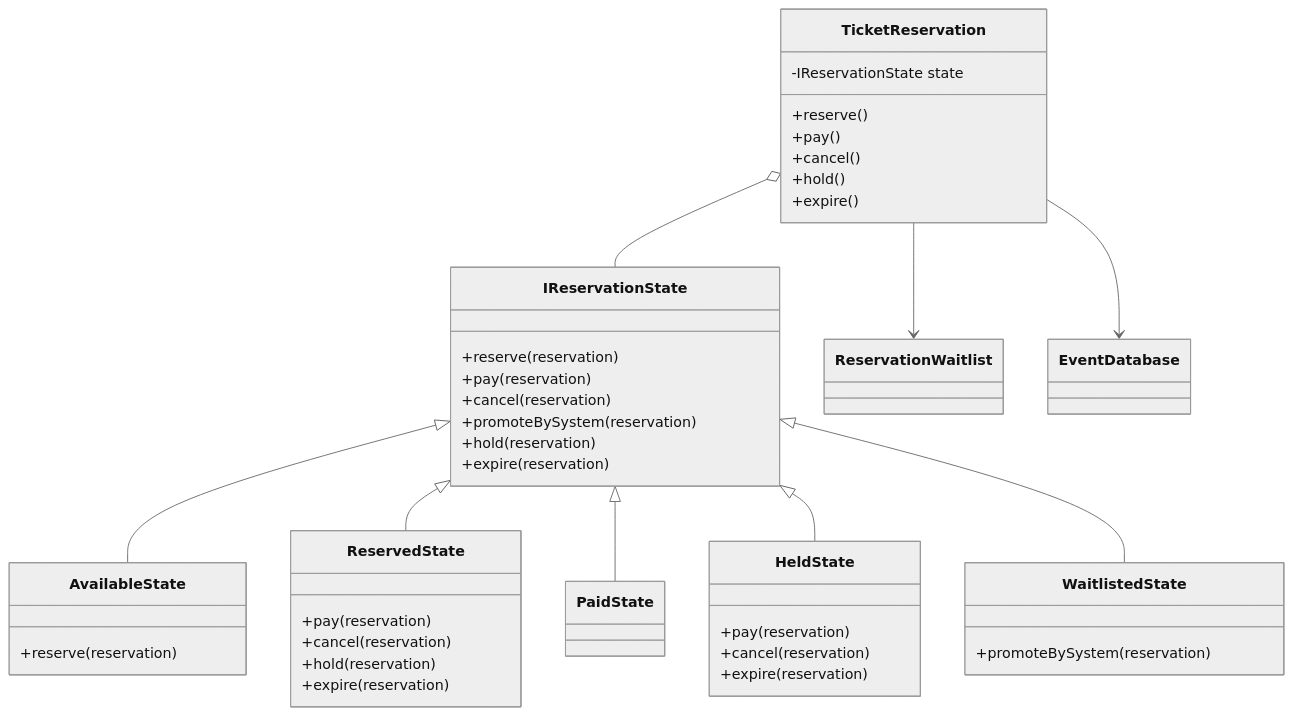
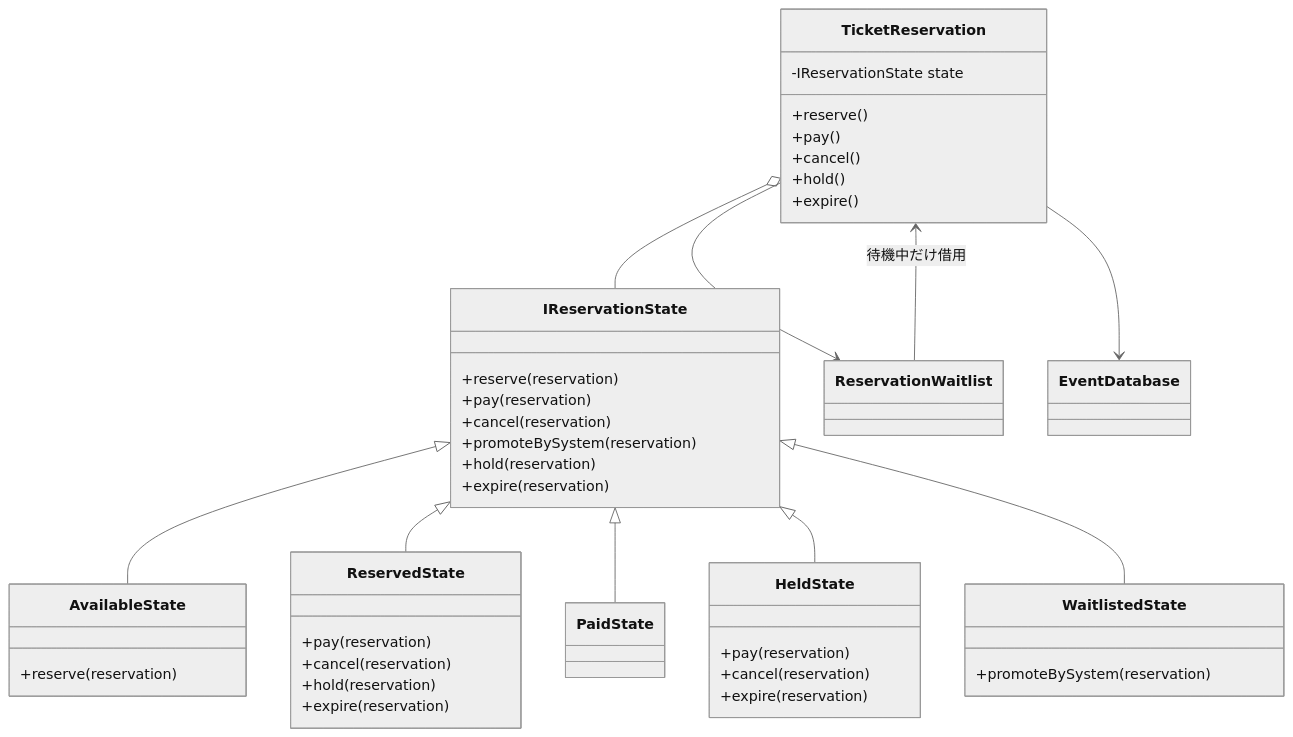
Diagram 20 of 20 in kindle/design-patterns/books/volume01-core-patterns/output/04-chapter02.md (kumachan1101-pixel/DesignPattern), drawn with Mermaid (neutral theme) before and after one commit. The commit also changed other lines of this file and 41 other files, not shown here.

````diff
--- a/kindle/design-patterns/books/volume01-core-patterns/output/04-chapter02.md
+++ b/kindle/design-patterns/books/volume01-core-patterns/output/04-chapter02.md
@@ -3156,48 +3231,49 @@
 ```mermaid
 classDiagram
     direction TB
     class TicketReservation {
         -IReservationState state
         +reserve()
         +pay()
         +cancel()
         +hold()
         +expire()
     }
     class IReservationState {
         +reserve(reservation)
         +pay(reservation)
         +cancel(reservation)
         +promoteBySystem(reservation)
         +hold(reservation)
         +expire(reservation)
     }
     class AvailableState {
         +reserve(reservation)
     }
     class ReservedState {
         +pay(reservation)
         +cancel(reservation)
         +hold(reservation)
         +expire(reservation)
     }
     class PaidState
     class HeldState {
         +pay(reservation)
         +cancel(reservation)
         +expire(reservation)
     }
     class WaitlistedState {
         +promoteBySystem(reservation)
     }
     class ReservationWaitlist
     class EventDatabase
     TicketReservation --> ReservationWaitlist
+    ReservationWaitlist --> TicketReservation : 待機中だけ借用
     TicketReservation --> EventDatabase
     TicketReservation o-- IReservationState
     IReservationState <|-- AvailableState
     IReservationState <|-- ReservedState
     IReservationState <|-- PaidState
     IReservationState <|-- HeldState
     IReservationState <|-- WaitlistedState
 ```
````
